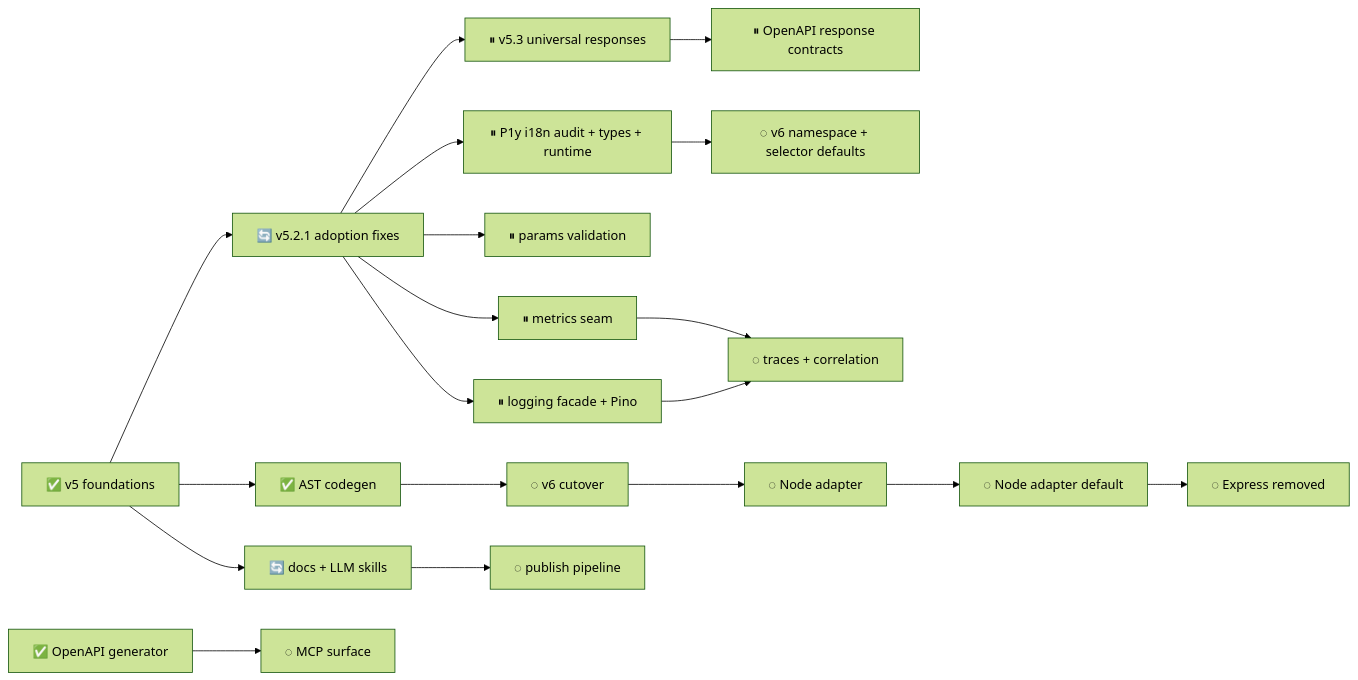
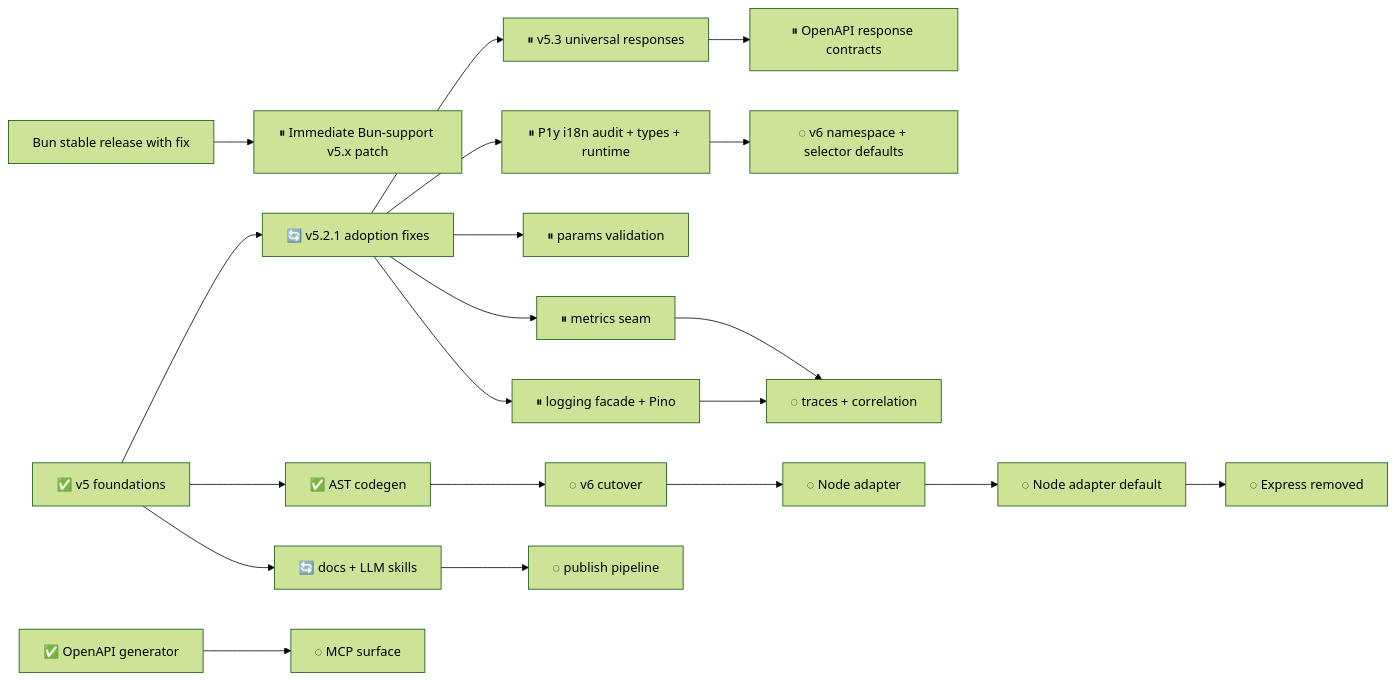
Before and after one commit to adaptivestone/framework: the diagram in .plans/refactor/README.md, drawn with Mermaid (forest theme). The commit also changed other lines of this file and 2 other files, not shown here.

Commit message:
bun roadmap

````diff
--- a/.plans/refactor/README.md
+++ b/.plans/refactor/README.md
@@ -35,27 +39,29 @@
 ```mermaid
 flowchart LR
     Foundation["✅ v5 foundations"] --> Patch["🔄 v5.2.1 adoption fixes"]
 
     Patch --> Responses["⏸ v5.3 universal responses"]
     Responses --> OpenAPI["⏸ OpenAPI response contracts"]
+
+    BunRelease["Bun stable release with fix"] --> BunSupport["⏸ Immediate Bun-support v5.x patch"]
 
     Patch --> I18nV5["⏸ P1y i18n audit + types + runtime"]
     I18nV5 --> I18nV6["◌ v6 namespace + selector defaults"]
 
     Foundation --> Codegen["✅ AST codegen"]
     Codegen --> V6["◌ v6 cutover"]
     V6 --> NodeAdapter["◌ Node adapter"]
     NodeAdapter --> DefaultNode["◌ Node adapter default"]
     DefaultNode --> DropExpress["◌ Express removed"]
 
     Foundation --> Docs["🔄 docs + LLM skills"]
     Docs --> Publish["◌ publish pipeline"]
 
     Patch --> Params["⏸ params validation"]
     Patch --> Metrics["⏸ metrics seam"]
     Patch --> Logging["⏸ logging facade + Pino"]
     Logging --> Observability["◌ traces + correlation"]
     Metrics --> Observability
 
     OpenAPIGen["✅ OpenAPI generator"] --> MCP["◌ MCP surface"]
 ```
````
